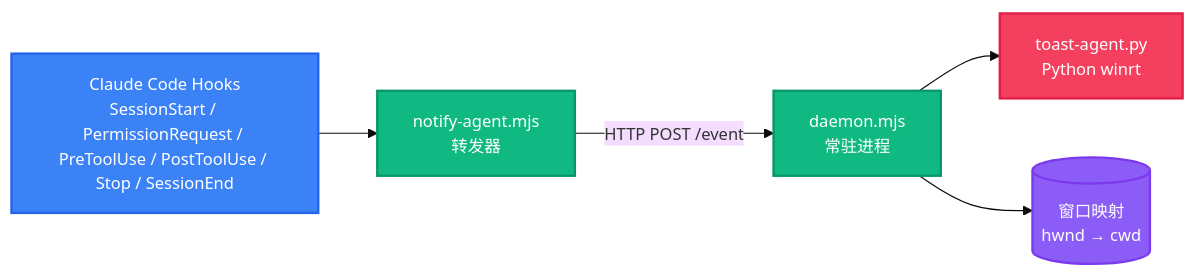
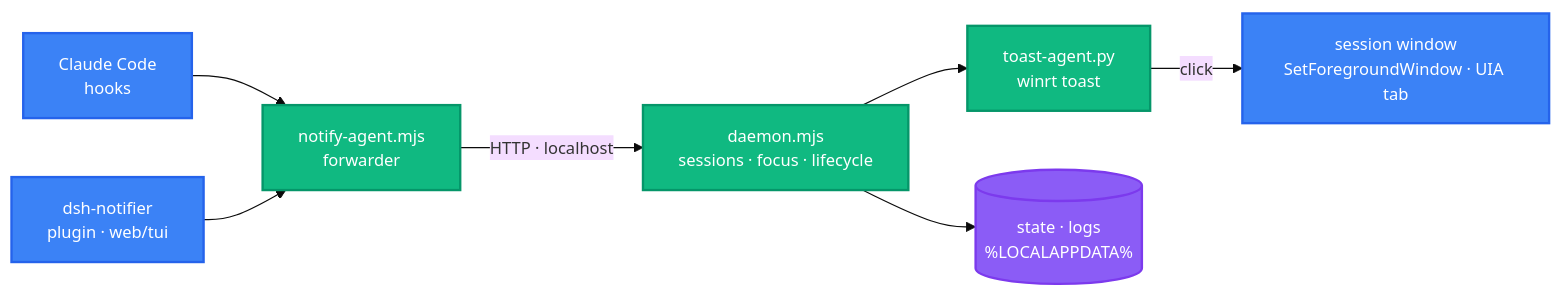
The diagram in README-zh.md (baobaolaodie/cc-dsh-notifier), drawn with Mermaid before and after one commit. The commit also changed other lines of this file and 10 other files, not shown here.

````diff
--- a/README-zh.md
+++ b/README-zh.md
@@ -105,18 +117,18 @@
 ```mermaid
 %%{init: {'theme': 'base', 'themeVariables': {'fontSize': '14px'}}}%%
-graph LR
-    A[Claude Code Hooks<br/>SessionStart / PermissionRequest / PreToolUse / PostToolUse / Stop / SessionEnd] --> B[notify-agent.mjs<br/>转发器]
-    B -->|HTTP POST /event| C[daemon.mjs<br/>常驻进程]
-    C --> D[toast-agent.py<br/>Python winrt]
-    C --> E[(窗口映射<br/>hwnd → cwd)]
+flowchart LR
+    CC["Claude Code<br/>hooks"] --> NA["notify-agent.mjs<br/>forwarder"]
+    DSH["dsh-notifier<br/>plugin · web/tui"] --> NA
+    NA -->|"HTTP · localhost"| DM["daemon.mjs<br/>sessions · focus · lifecycle"]
+    DM --> TA["toast-agent.py<br/>winrt toast"]
+    TA -->|"click"| WIN["session window<br/>SetForegroundWindow · UIA tab"]
+    DM --> ST[("state · logs<br/>%LOCALAPPDATA%")]
 
     classDef client fill:#3B82F6,stroke:#2563EB,color:#fff,stroke-width:2px
     classDef service fill:#10B981,stroke:#059669,color:#fff,stroke-width:2px
-    classDef external fill:#F43F5E,stroke:#E11D48,color:#fff,stroke-width:2px
     classDef data fill:#8B5CF6,stroke:#7C3AED,color:#fff,stroke-width:2px
 
-    class A client
-    class B,C service
-    class D external
-    class E data
+    class CC,DSH,WIN client
+    class NA,DM,TA service
+    class ST data
 ```
````
